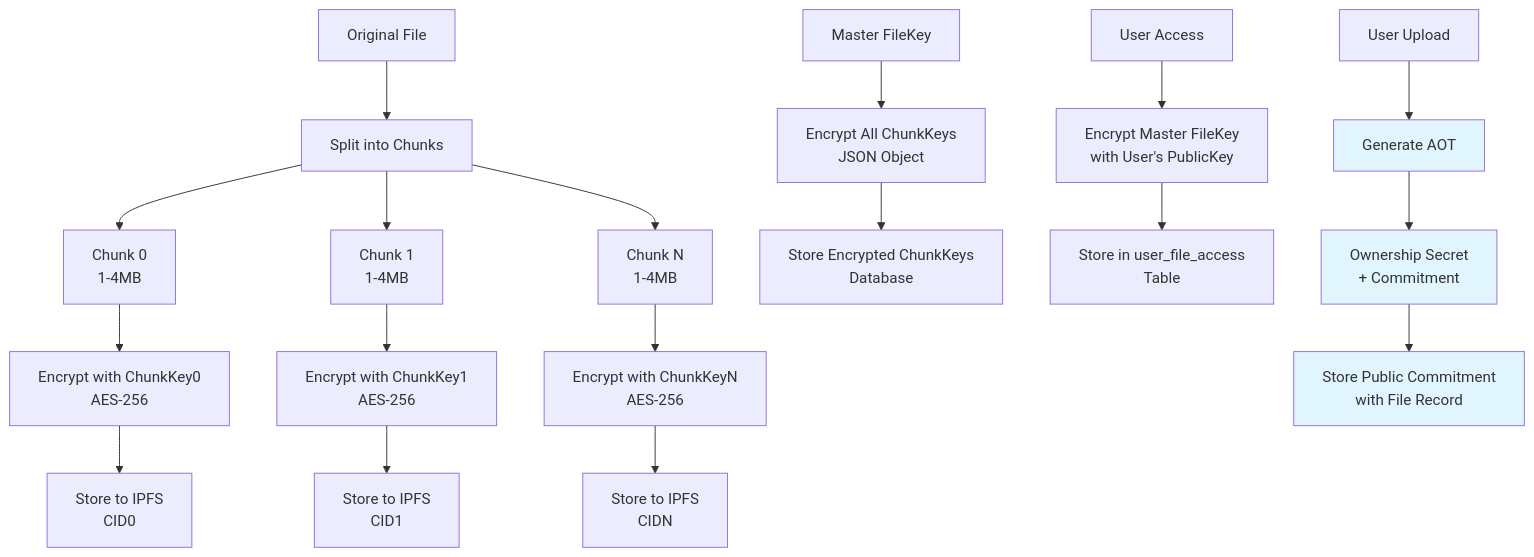
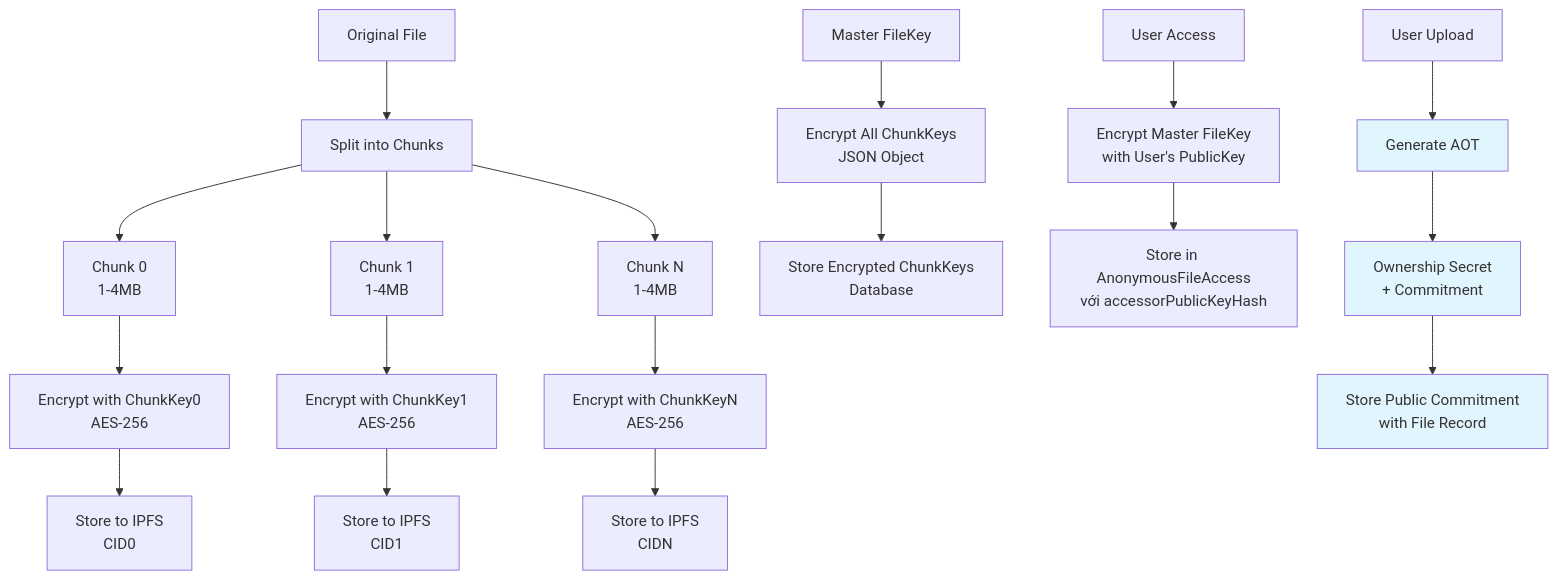
The first of 5 diagrams in New_Thesis.md (nguyenphuc22/ipfs-sandbox), drawn with Mermaid before and after one commit. The commit also changed other lines of this file and 7 other files, not shown here.

Commit message:
Refactor identity management to eliminate userId; update useAOTIdentity hook to remove userId handling, implement migration logic for stored identities, and adjust sample data in aotStorage.js. Enhance documentation to reflect anonymous access architecture without userId.

````diff
--- a/New_Thesis.md
+++ b/New_Thesis.md
@@ -192,30 +192,30 @@
 ```mermaid
 graph TD
     A[Original File] --> B[Split into Chunks]
     B --> C[Chunk 0<br/>1-4MB]
     B --> D[Chunk 1<br/>1-4MB] 
     B --> E[Chunk N<br/>1-4MB]
     
     C --> F[Encrypt with ChunkKey0<br/>AES-256]
     D --> G[Encrypt with ChunkKey1<br/>AES-256]
     E --> H[Encrypt with ChunkKeyN<br/>AES-256]
     
     F --> I[Store to IPFS<br/>CID0]
     G --> J[Store to IPFS<br/>CID1]
     H --> K[Store to IPFS<br/>CIDN]
     
     L[Master FileKey] --> M[Encrypt All ChunkKeys<br/>JSON Object]
     M --> N[Store Encrypted ChunkKeys<br/>Database]
     
     O[User Access] --> P[Encrypt Master FileKey<br/>with User's PublicKey]
-    P --> Q[Store in user_file_access<br/>Table]
+    P --> Q[Store in AnonymousFileAccess<br/>với accessorPublicKeyHash]
     
     %% AOT Integration
     R[User Upload] --> S[Generate AOT]
     S --> T[Ownership Secret<br/>+ Commitment]
     T --> U[Store Public Commitment<br/>with File Record]
     
     style S fill:#e1f5fe
     style T fill:#e1f5fe
     style U fill:#e1f5fe
 ```
````
